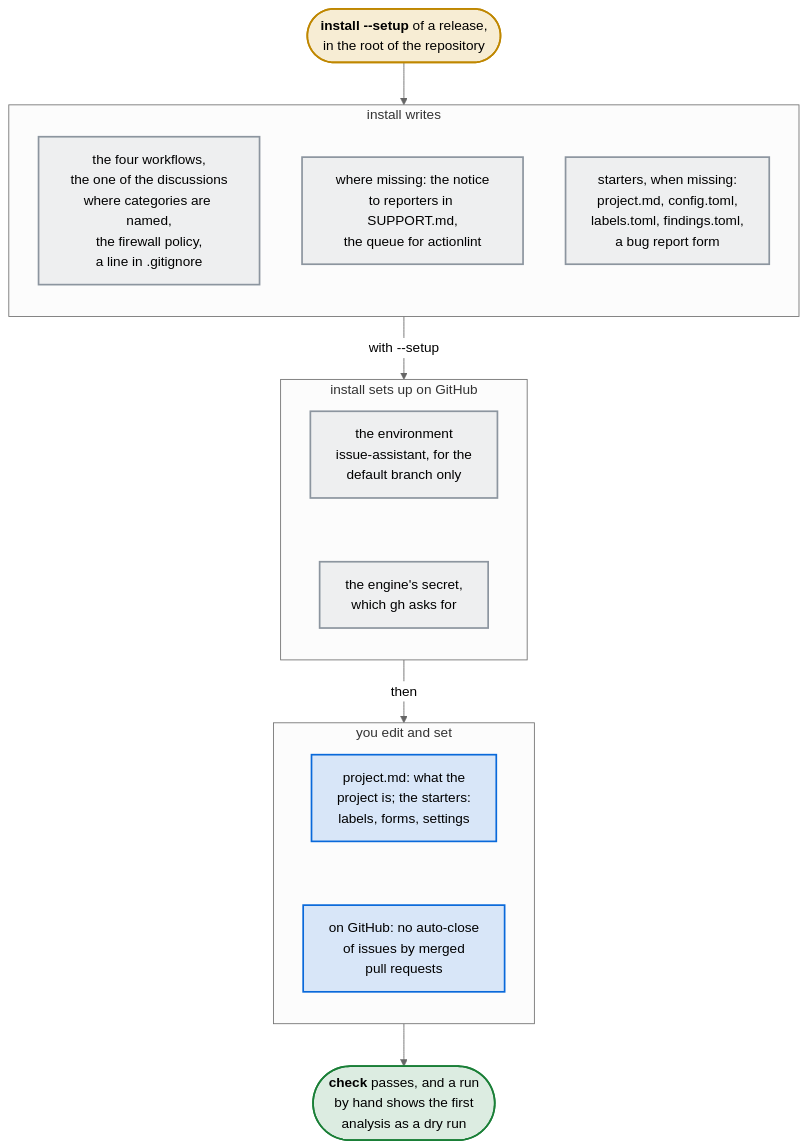
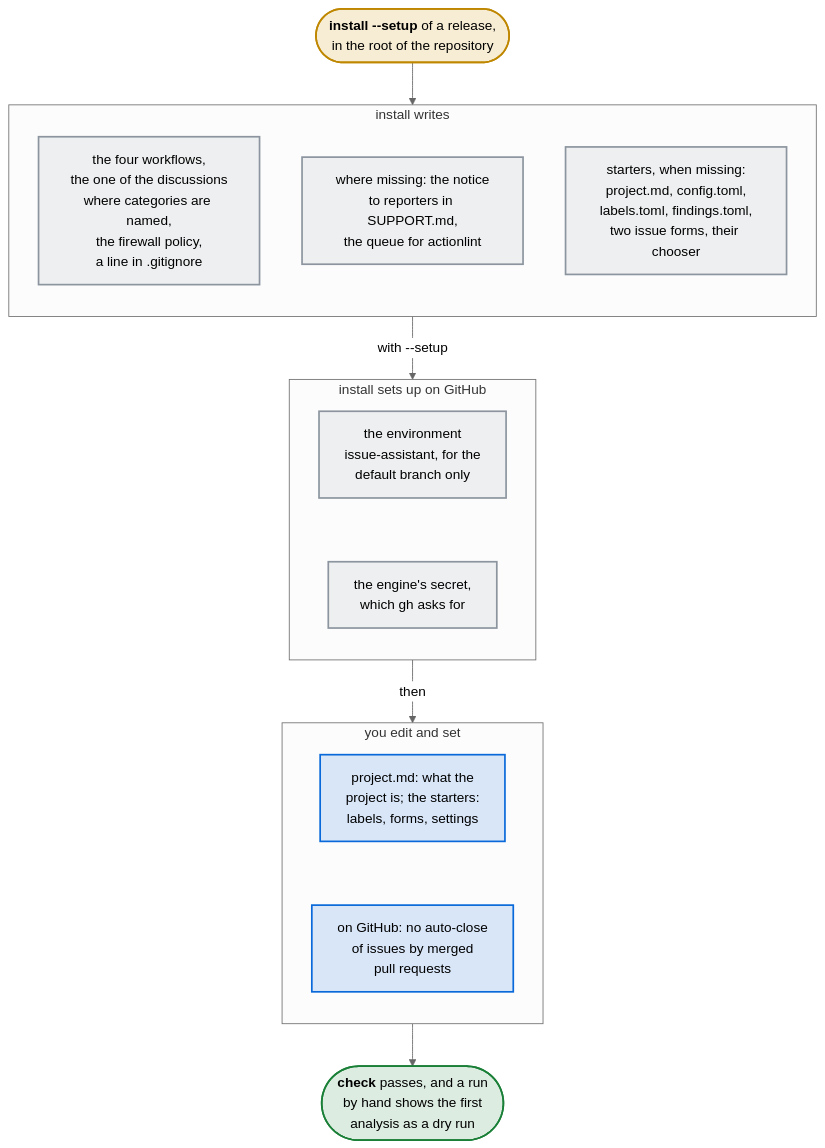
One commit to Dennis-Otto/issue-assistant changed the diagram in docs/diagrams/what-install-writes-what-you-edit-and-what-you-set-on-github.mmd. Above: the diagram before and after it, drawn with Mermaid (neutral theme). The commit also changed 16 other files, not shown here.

First line of the commit message:
feat: install writes a feature request form and an issue chooser for repositories without them

```diff
--- a/docs/diagrams/what-install-writes-what-you-edit-and-what-you-set-on-github.mmd
+++ b/docs/diagrams/what-install-writes-what-you-edit-and-what-you-set-on-github.mmd
@@ -1,33 +1,33 @@
 flowchart TB
   accTitle: What install writes, what you edit and what you set on GitHub
   accDescr: install of a release, run in the root of the repository, writes the four workflows, the workflow of the discussions where answer_categories of config.toml names a category, the firewall policy .github/egress-firewall.yaml and an entry in .gitignore; adds the notice to reporters to SUPPORT.md and the queue of issue-assistant.yml to actionlint's settings where they are missing; and writes starters of project.md, config.toml, labels.toml, findings.toml and a bug report form when they are missing. With --setup, it also creates the environment issue-assistant on GitHub, limited to the default branch, and asks for the engine's secret. Then you describe the project in project.md, adapt the starters, and turn off the auto-close of issues by merged pull requests. Then check passes, and a run by hand shows the first analysis as a dry run.
   install(["`**install --setup** of a release,<br>in the root of the repository`"]) --> written
   subgraph written ["install writes"]
     direction TB
     workflows["the four workflows,<br>the one of the discussions<br>where categories are named,<br>the firewall policy,<br>a line in .gitignore"]
     notices["where missing: the notice<br>to reporters in SUPPORT.md,<br>the queue for actionlint"]
-    starters["starters, when missing:<br>project.md, config.toml,<br>labels.toml, findings.toml,<br>a bug report form"]
+    starters["starters, when missing:<br>project.md, config.toml,<br>labels.toml, findings.toml,<br>two issue forms, their chooser"]
   end
   written -- "with --setup" --> github
   subgraph github ["install sets up on GitHub"]
     direction TB
     environment["the environment<br>issue-assistant, for the<br>default branch only"]
     secret["the engine's secret,<br>which gh asks for"]
     environment ~~~ secret
   end
   github -- "then" --> edited
   subgraph edited ["you edit and set"]
     direction TB
     describe["project.md: what the<br>project is; the starters:<br>labels, forms, settings"]
     autoclose["on GitHub: no auto-close<br>of issues by merged<br>pull requests"]
     describe ~~~ autoclose
   end
   edited --> check(["`**check** passes, and a run<br>by hand shows the first<br>analysis as a dry run`"])
   classDef trigger fill:#d4a72c33,stroke:#bf8700,stroke-width:2px
   classDef job fill:#8c959f1f,stroke:#8c959f,stroke-width:2px
   classDef person fill:#0969da26,stroke:#0969da,stroke-width:2px
   classDef safe fill:#1a7f3726,stroke:#1a7f37,stroke-width:2px
   class install trigger
   class workflows,notices,starters,environment,secret job
   class describe,autoclose person
   class check safe
```
